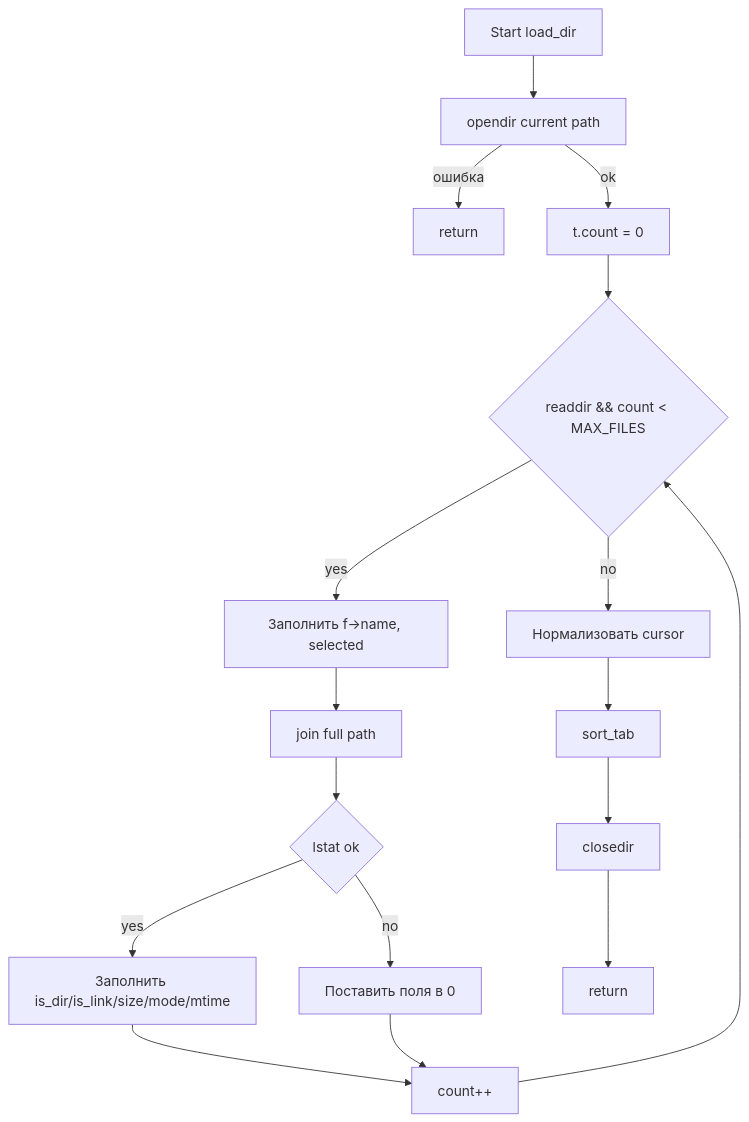
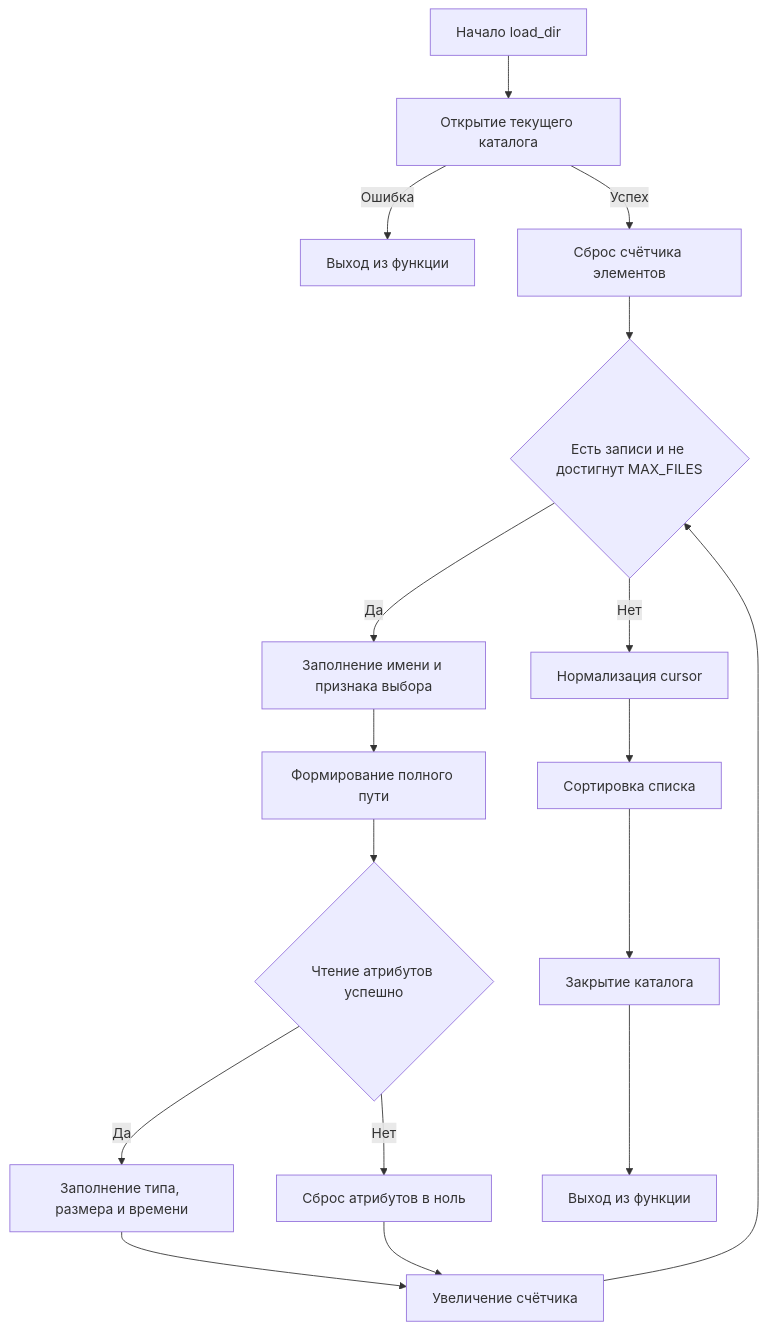
Before and after one commit to tecris-unk/commander: the second of 4 diagrams in README.md, drawn with Mermaid. The commit also changed other lines of this file, not shown here.

````diff
--- a/README.md
+++ b/README.md
@@ -22,19 +22,19 @@
 ```mermaid
 flowchart TD
-    A[Start load_dir] --> B[opendir current path]
-    B -->|ошибка| Z[return]
-    B -->|ok| C[t.count = 0]
-    C --> D{readdir && count < MAX_FILES}
-    D -->|yes| E[Заполнить f->name, selected]
-    E --> F[join full path]
-    F --> G{lstat ok}
-    G -->|yes| H[Заполнить is_dir/is_link/size/mode/mtime]
-    G -->|no| I[Поставить поля в 0]
-    H --> J[count++]
+    A[Начало load_dir] --> B[Открытие текущего каталога]
+    B -->|Ошибка| Z[Выход из функции]
+    B -->|Успех| C[Сброс счётчика элементов]
+    C --> D{Есть записи и не достигнут MAX_FILES}
+    D -->|Да| E[Заполнение имени и признака выбора]
+    E --> F[Формирование полного пути]
+    F --> G{Чтение атрибутов успешно}
+    G -->|Да| H[Заполнение типа, размера и времени]
+    G -->|Нет| I[Сброс атрибутов в ноль]
+    H --> J[Увеличение счётчика]
     I --> J
     J --> D
-    D -->|no| K[Нормализовать cursor]
-    K --> L[sort_tab]
-    L --> M[closedir]
-    M --> N[return]
+    D -->|Нет| K[Нормализация cursor]
+    K --> L[Сортировка списка]
+    L --> M[Закрытие каталога]
+    M --> N[Выход из функции]
 ```
````
